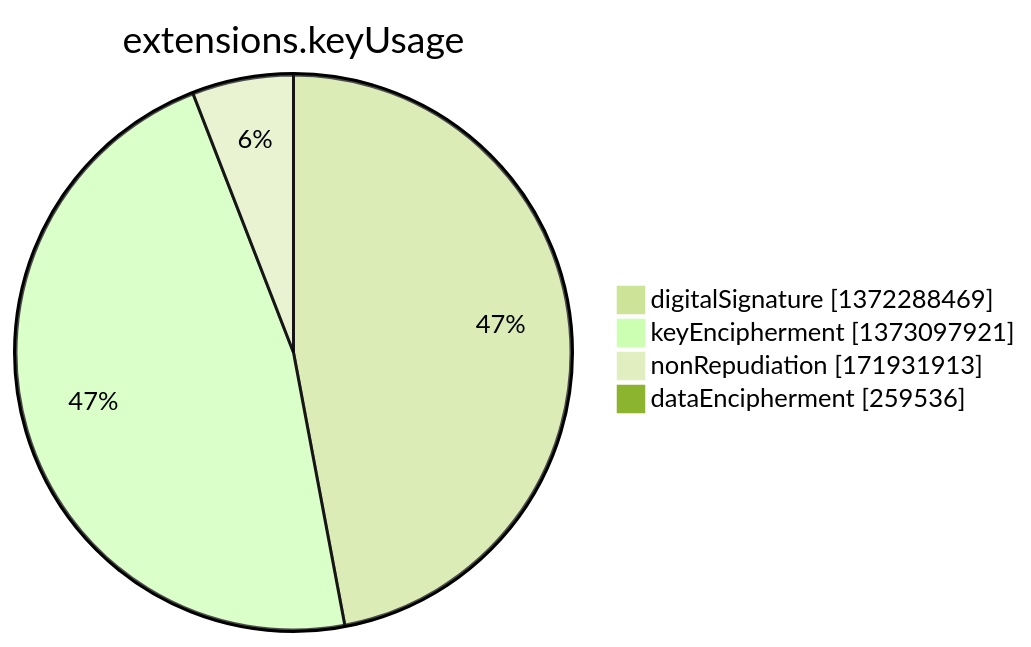
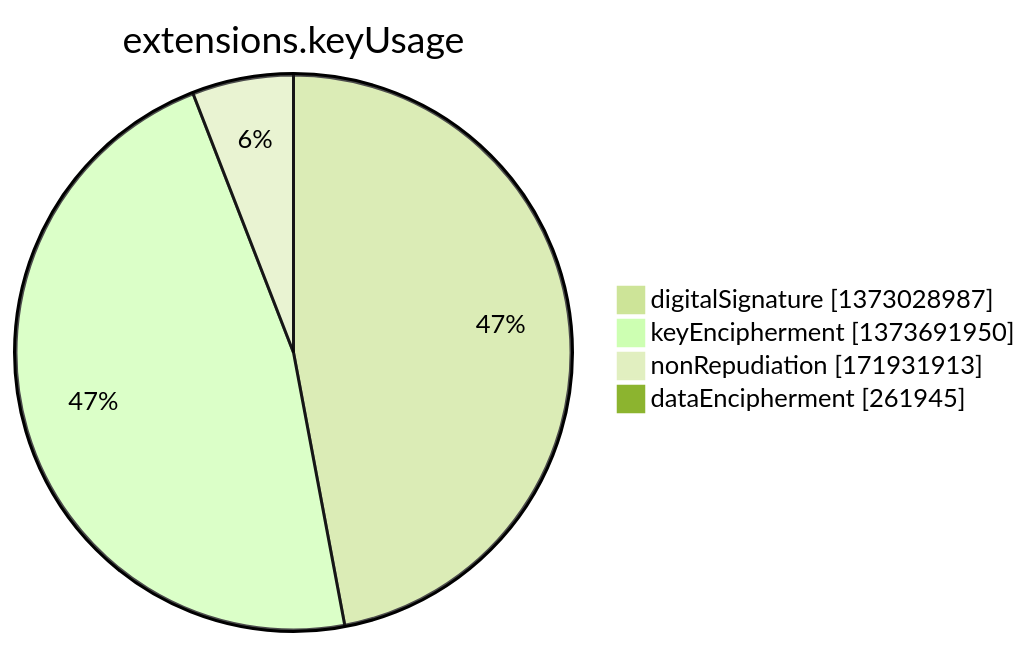
The seventh of 15 diagrams in argon2022/README.md (christiankrug/ctmonitor_visualization), drawn with Mermaid (forest theme) before and after one commit. The commit also changed other lines of this file, not shown here.

````diff
--- a/argon2022/README.md
+++ b/argon2022/README.md
@@ -2751,8 +2751,8 @@
 ```mermaid
 pie showData
 title extensions.keyUsage
-"digitalSignature" :1372288469
-"keyEncipherment" :1373097921
+"digitalSignature" :1373028987
+"keyEncipherment" :1373691950
 "nonRepudiation" :171931913
-"dataEncipherment" :259536
+"dataEncipherment" :261945
 ```
````
